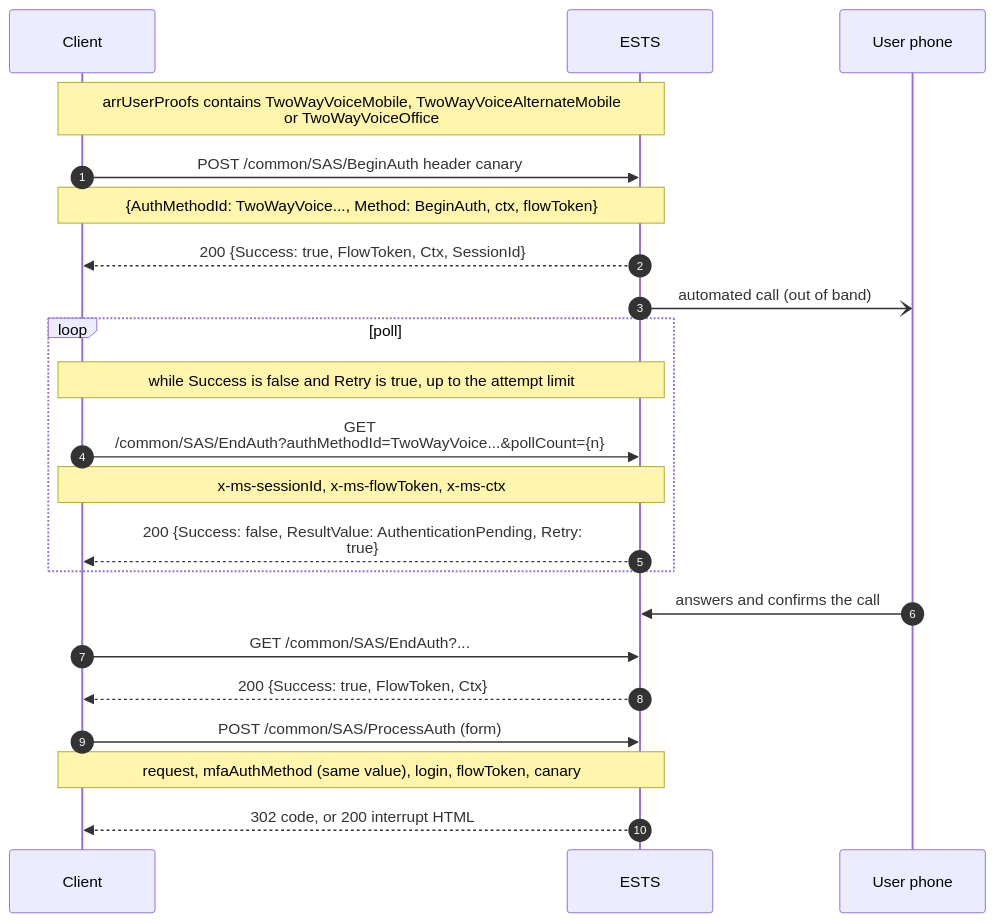
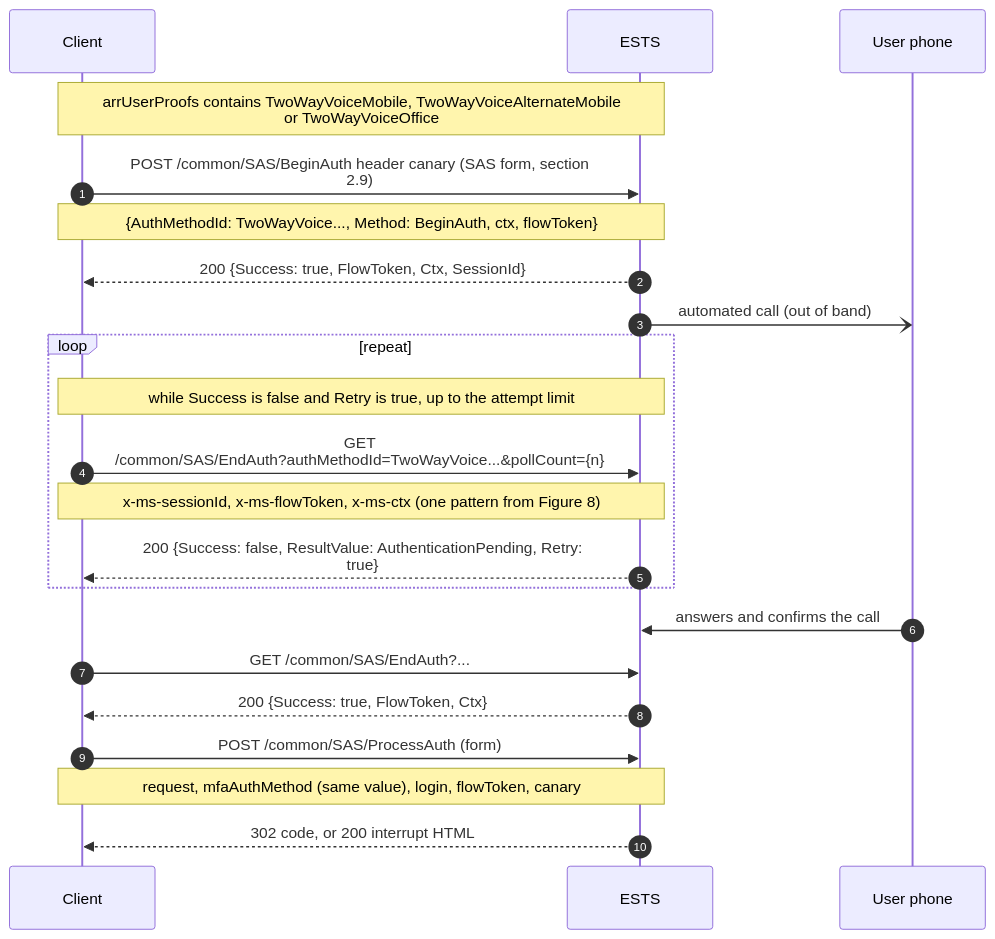
One commit to himmelblau-idm/ests_spec changed the diagram in figures/src/fig-11-sas-voice.mmd. Above: the diagram before and after it, drawn with Mermaid. The commit also changed 29 other files, not shown here.

```diff
--- a/figures/src/fig-11-sas-voice.mmd
+++ b/figures/src/fig-11-sas-voice.mmd
@@ -1,22 +1,22 @@
 sequenceDiagram
   autonumber
   participant C as Client
   participant E as ESTS
   participant U as User phone
   Note over C,E: arrUserProofs contains TwoWayVoiceMobile, TwoWayVoiceAlternateMobile<br/>or TwoWayVoiceOffice
-  C->>E: POST /common/SAS/BeginAuth  header canary
+  C->>E: POST /common/SAS/BeginAuth  header canary (SAS form, section<br/>2.9)
   Note over C,E: {AuthMethodId: TwoWayVoice..., Method: BeginAuth, ctx, flowToken}
   E-->>C: 200 {Success: true, FlowToken, Ctx, SessionId}
   E-)U: automated call (out of band)
-  loop poll
+  loop repeat
     Note over C,E: while Success is false and Retry is true, up to the attempt limit
     C->>E: GET<br/>/common/SAS/EndAuth?authMethodId=TwoWayVoice...&pollCount={n}
-    Note over C,E: x-ms-sessionId, x-ms-flowToken, x-ms-ctx
+    Note over C,E: x-ms-sessionId, x-ms-flowToken, x-ms-ctx (one pattern from Figure 8)
     E-->>C: 200 {Success: false, ResultValue: AuthenticationPending, Retry:<br/>true}
   end
   U->>E: answers and confirms the call
   C->>E: GET /common/SAS/EndAuth?...
   E-->>C: 200 {Success: true, FlowToken, Ctx}
   C->>E: POST /common/SAS/ProcessAuth (form)
   Note over C,E: request, mfaAuthMethod (same value), login, flowToken, canary
   E-->>C: 302 code, or 200 interrupt HTML
```
